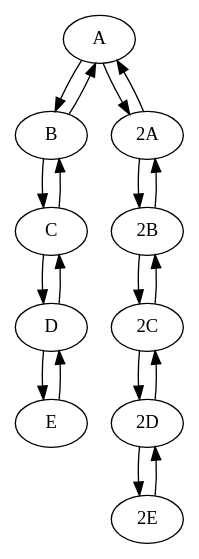
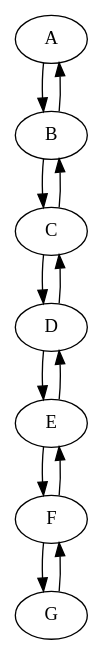
One commit to mmirko/dssim changed the diagram in test.dot. Above: the diagram before and after it, drawn with Graphviz. The commit also changed 1 other file, not shown here.

```diff
--- a/test.dot
+++ b/test.dot
@@ -1,28 +1,19 @@
 digraph "test" {
 	"A" -> "B";
 	"B" -> "A";
 
 	"B" -> "C";
 	"C" -> "B";
 
 	"C" -> "D";
 	"D" -> "C";
 
 	"D" -> "E";
 	"E" -> "D";
 
-	"2A" -> "2B";
-	"2B" -> "2A";
+	"E" -> "F";
+	"F" -> "E";
 
-	"2B" -> "2C";
-	"2C" -> "2B";
-
-	"2C" -> "2D";
-	"2D" -> "2C";
-
-	"2D" -> "2E";
-	"2E" -> "2D";
-
-	"A" -> "2A";
-	"2A" -> "A";
+	"F" -> "G";
+	"G" -> "F";
 }
```
